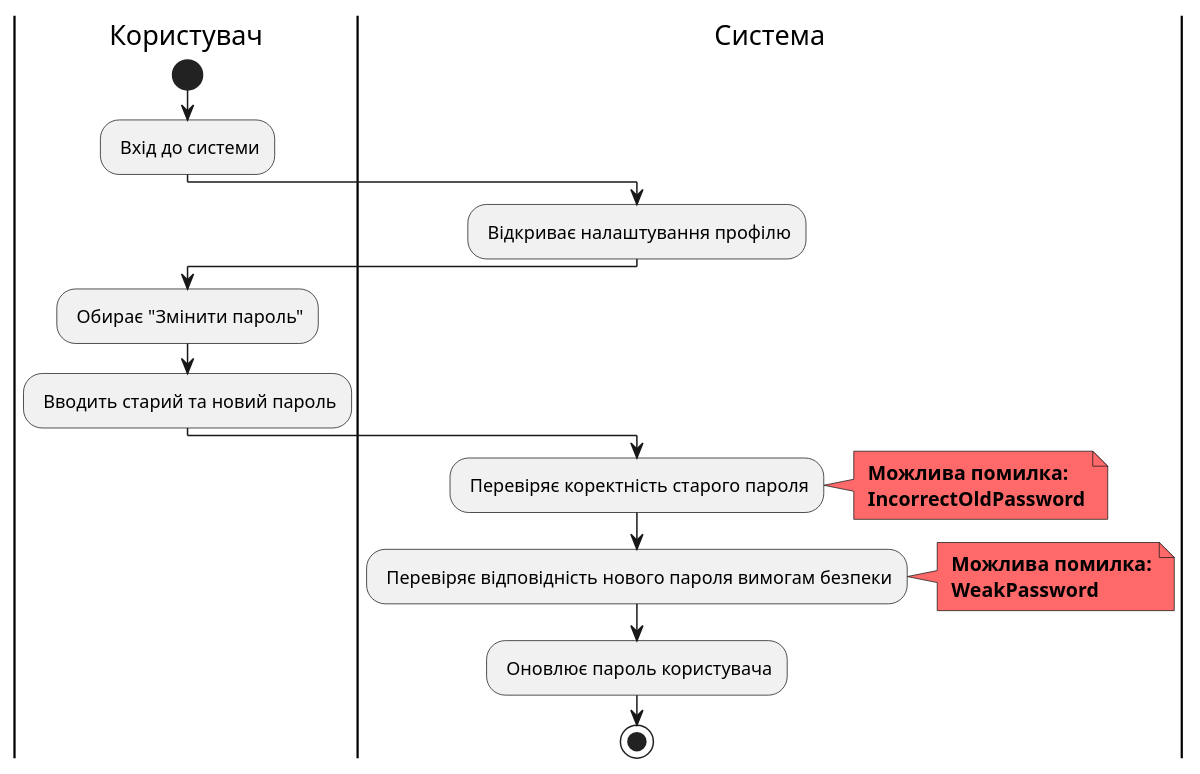
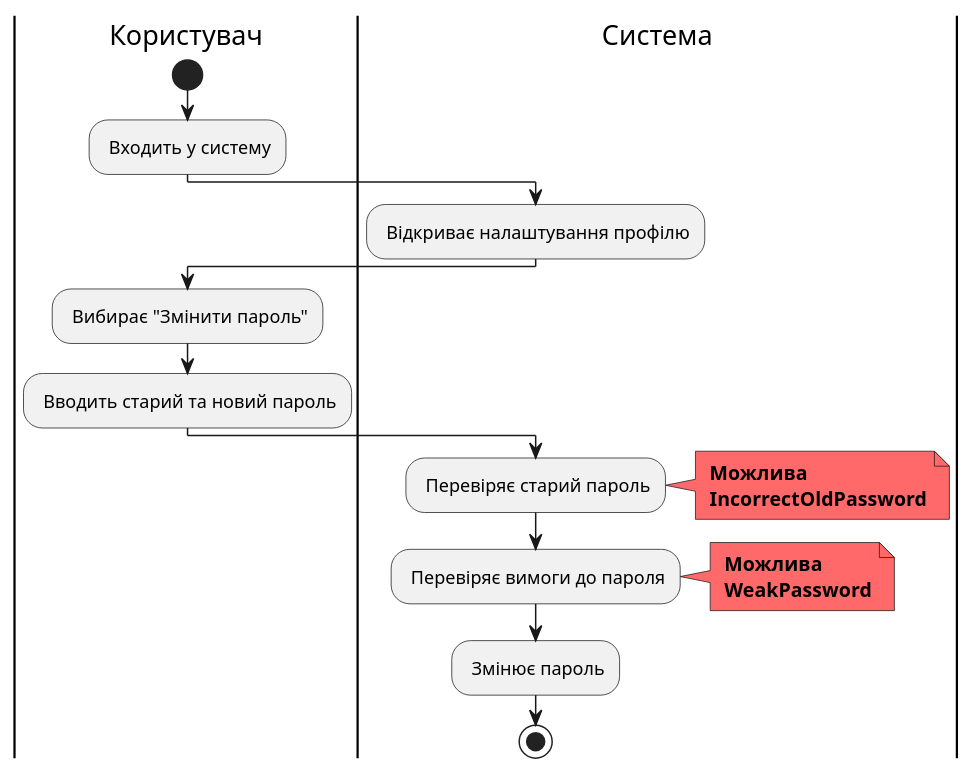
Before and after one commit to tyntyntynnnn/edu_db_labs: the ninth of 14 diagrams in docs/use cases/README.md, drawn with PlantUML. The commit also changed other lines of this file, not shown here.

```diff
--- a/docs/use cases/README.md
+++ b/docs/use cases/README.md
@@ -427,30 +380,31 @@
 @startuml
 
-|Користувач|
-start;
-: Вхід до системи;
+    |Користувач|
+    start;
+    : Входить у систему;
+    
+    |Система|
+    : Відкриває налаштування профілю;
+    
+    |Користувач|
+    : Вибирає "Змінити пароль";
+    : Вводить старий та новий пароль;
+    
+    |Система|
+    : Перевіряє старий пароль;
+    note right #FF6969
+    <b> Можлива
+    <b> IncorrectOldPassword
+    end note
+    
+    : Перевіряє вимоги до пароля;
+    note right #FF6969
+    <b> Можлива
+    <b> WeakPassword
+    end note
+    
+    : Змінює пароль;
+    
+    stop;
 
-|Система|
-: Відкриває налаштування профілю;
-
-|Користувач|
-: Обирає "Змінити пароль";
-: Вводить старий та новий пароль;
-
-|Система|
-: Перевіряє коректність старого пароля;
-note right #FF6969
-<b> Можлива помилка:
-<b> IncorrectOldPassword
-end note
-
-: Перевіряє відповідність нового пароля вимогам безпеки;
-note right #FF6969
-<b> Можлива помилка:
-<b> WeakPassword
-end note
-
-: Оновлює пароль користувача;
-
-stop;
 @enduml
```
